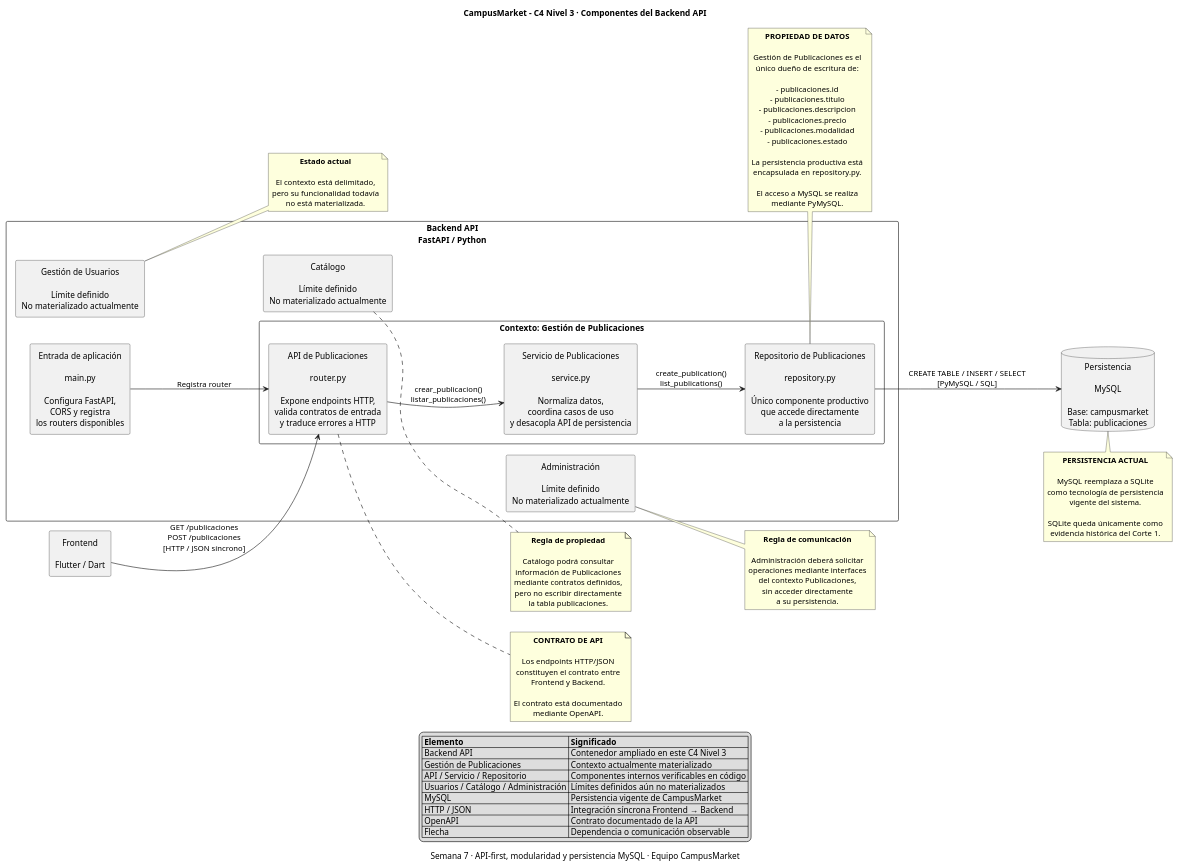
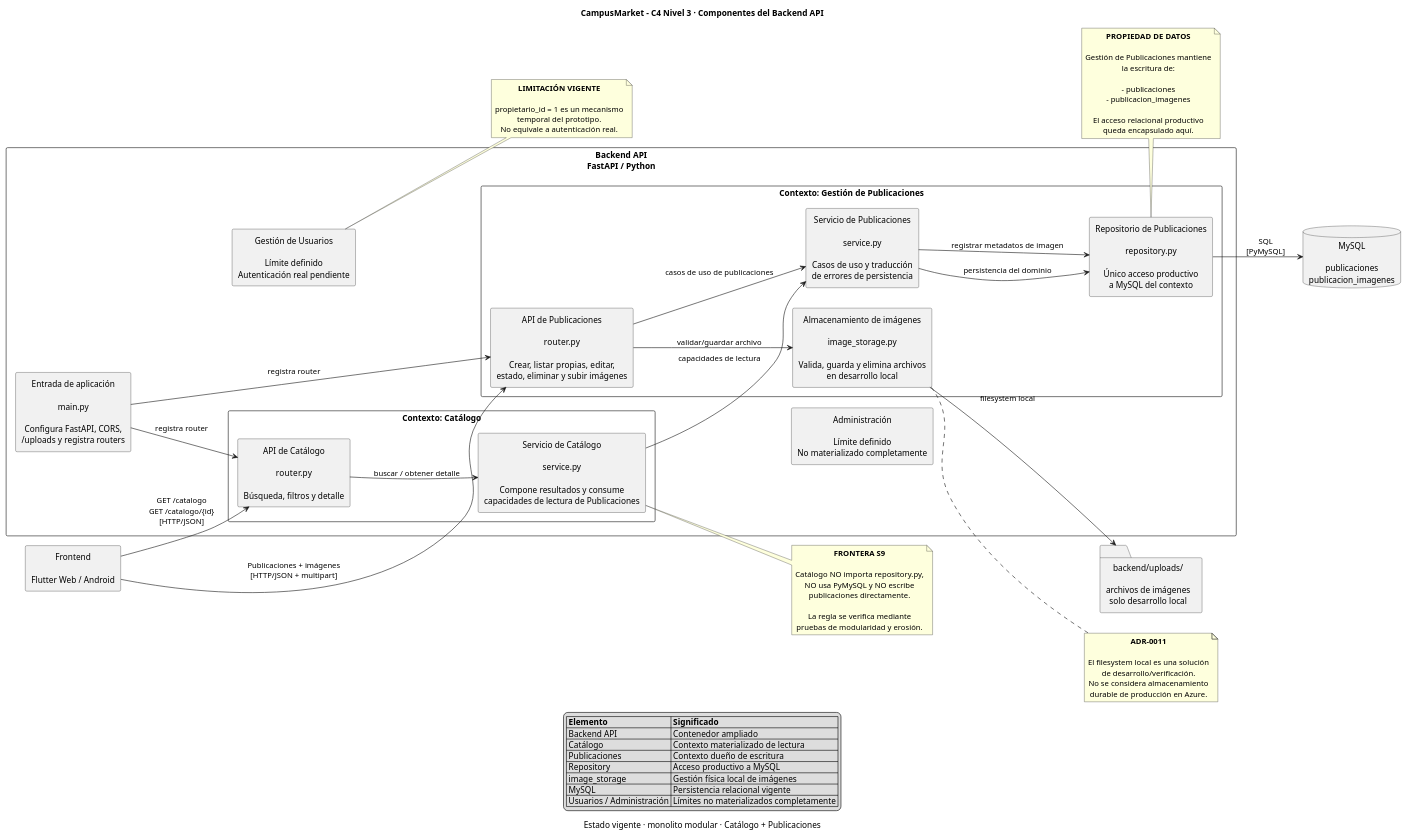
Before and after one commit to ISCOUTB/AS_202620_PROYECTO_CAMPUSMARKET: the diagram in docs/c4/03-componentes-backend.puml, drawn with PlantUML.

Commit message:
docs: actualizar C4 nivel 3 con catalogo e imagenes

```diff
--- a/docs/c4/03-componentes-backend.puml
+++ b/docs/c4/03-componentes-backend.puml
@@ -1,132 +1,112 @@
 @startuml
 
 title CampusMarket - C4 Nivel 3 · Componentes del Backend API
-caption Semana 7 · API-first, modularidad y persistencia MySQL · Equipo CampusMarket
+caption Estado vigente · monolito modular · Catálogo + Publicaciones
 
 left to right direction
 
 skinparam shadowing false
 skinparam defaultTextAlignment center
 skinparam packageStyle rectangle
 
-rectangle "Frontend\n\nFlutter / Dart" as frontend
+rectangle "Frontend\n\nFlutter Web / Android" as frontend
 
 package "Backend API\nFastAPI / Python" {
 
-    rectangle "Entrada de aplicación\n\nmain.py\n\nConfigura FastAPI,\nCORS y registra\nlos routers disponibles" as main
+    rectangle "Entrada de aplicación\n\nmain.py\n\nConfigura FastAPI, CORS,\n/uploads y registra routers" as main
+
+    package "Contexto: Catálogo" {
+        rectangle "API de Catálogo\n\nrouter.py\n\nBúsqueda, filtros y detalle" as catalog_router
+        rectangle "Servicio de Catálogo\n\nservice.py\n\nCompone resultados y consume\ncapacidades de lectura de Publicaciones" as catalog_service
+    }
 
     package "Contexto: Gestión de Publicaciones" {
+        rectangle "API de Publicaciones\n\nrouter.py\n\nCrear, listar propias, editar,\nestado, eliminar y subir imágenes" as pub_router
 
-        rectangle "API de Publicaciones\n\nrouter.py\n\nExpone endpoints HTTP,\nvalida contratos de entrada\ny traduce errores a HTTP" as router
+        rectangle "Servicio de Publicaciones\n\nservice.py\n\nCasos de uso y traducción\nde errores de persistencia" as pub_service
 
-        rectangle "Servicio de Publicaciones\n\nservice.py\n\nNormaliza datos,\ncoordina casos de uso\ny desacopla API de persistencia" as service
+        rectangle "Repositorio de Publicaciones\n\nrepository.py\n\nÚnico acceso productivo\na MySQL del contexto" as repository
 
-        rectangle "Repositorio de Publicaciones\n\nrepository.py\n\nÚnico componente productivo\nque accede directamente\na la persistencia" as repository
+        rectangle "Almacenamiento de imágenes\n\nimage_storage.py\n\nValida, guarda y elimina archivos\nen desarrollo local" as image_storage
     }
 
-    rectangle "Gestión de Usuarios\n\nLímite definido\nNo materializado actualmente" as usuarios
-
-    rectangle "Catálogo\n\nLímite definido\nNo materializado actualmente" as catalogo
-
-    rectangle "Administración\n\nLímite definido\nNo materializado actualmente" as administracion
+    rectangle "Gestión de Usuarios\n\nLímite definido\nAutenticación real pendiente" as usuarios
+    rectangle "Administración\n\nLímite definido\nNo materializado completamente" as administracion
 }
 
-database "Persistencia\n\nMySQL\n\nBase: campusmarket\nTabla: publicaciones" as mysql
+database "MySQL\n\npublicaciones\npublicacion_imagenes" as mysql
+folder "backend/uploads/\n\narchivos de imágenes\nsolo desarrollo local" as uploads
 
-frontend --> router : GET /publicaciones\nPOST /publicaciones\n[HTTP / JSON síncrono]
+frontend --> catalog_router : GET /catalogo\nGET /catalogo/{id}\n[HTTP/JSON]
+frontend --> pub_router : Publicaciones + imágenes\n[HTTP/JSON + multipart]
 
-main --> router : Registra router
+main --> catalog_router : registra router
+main --> pub_router : registra router
 
-router --> service : crear_publicacion()\nlistar_publicaciones()
+catalog_router --> catalog_service : buscar / obtener detalle
+catalog_service --> pub_service : capacidades de lectura
 
-service --> repository : create_publication()\nlist_publications()
+pub_router --> pub_service : casos de uso de publicaciones
+pub_service --> repository : persistencia del dominio
+repository --> mysql : SQL\n[PyMySQL]
 
-repository --> mysql : CREATE TABLE / INSERT / SELECT\n[PyMySQL / SQL]
+pub_router --> image_storage : validar/guardar archivo
+image_storage --> uploads : filesystem local
+pub_service --> repository : registrar metadatos de imagen
 
-usuarios -[hidden]-> router
-catalogo -[hidden]-> service
+usuarios -[hidden]-> pub_router
 administracion -[hidden]-> repository
 
-note right of router
-**CONTRATO DE API**
+note right of catalog_service
+**FRONTERA S9**
 
-Los endpoints HTTP/JSON
-constituyen el contrato entre
-Frontend y Backend.
+Catálogo NO importa repository.py,
+NO usa PyMySQL y NO escribe
+publicaciones directamente.
 
-El contrato está documentado
-mediante OpenAPI.
-end note
-
-note right of usuarios
-**Estado actual**
-
-El contexto está delimitado,
-pero su funcionalidad todavía
-no está materializada.
-end note
-
-note right of catalogo
-**Regla de propiedad**
-
-Catálogo podrá consultar
-información de Publicaciones
-mediante contratos definidos,
-pero no escribir directamente
-la tabla publicaciones.
-end note
-
-note right of administracion
-**Regla de comunicación**
-
-Administración deberá solicitar
-operaciones mediante interfaces
-del contexto Publicaciones,
-sin acceder directamente
-a su persistencia.
+La regla se verifica mediante
+pruebas de modularidad y erosión.
 end note
 
 note bottom of repository
 **PROPIEDAD DE DATOS**
 
-Gestión de Publicaciones es el
-único dueño de escritura de:
+Gestión de Publicaciones mantiene
+la escritura de:
 
-- publicaciones.id
-- publicaciones.titulo
-- publicaciones.descripcion
-- publicaciones.precio
-- publicaciones.modalidad
-- publicaciones.estado
+- publicaciones
+- publicacion_imagenes
 
-La persistencia productiva está
-encapsulada en repository.py.
-
-El acceso a MySQL se realiza
-mediante PyMySQL.
+El acceso relacional productivo
+queda encapsulado aquí.
 end note
 
-note bottom of mysql
-**PERSISTENCIA ACTUAL**
+note right of image_storage
+**ADR-0011**
 
-MySQL reemplaza a SQLite
-como tecnología de persistencia
-vigente del sistema.
+El filesystem local es una solución
+de desarrollo/verificación.
+No se considera almacenamiento
+durable de producción en Azure.
+end note
 
-SQLite queda únicamente como
-evidencia histórica del Corte 1.
+note right of usuarios
+**LIMITACIÓN VIGENTE**
+
+propietario_id = 1 es un mecanismo
+temporal del prototipo.
+No equivale a autenticación real.
 end note
 
 legend bottom
 |= Elemento |= Significado |
-| Backend API | Contenedor ampliado en este C4 Nivel 3 |
-| Gestión de Publicaciones | Contexto actualmente materializado |
-| API / Servicio / Repositorio | Componentes internos verificables en código |
-| Usuarios / Catálogo / Administración | Límites definidos aún no materializados |
-| MySQL | Persistencia vigente de CampusMarket |
-| HTTP / JSON | Integración síncrona Frontend → Backend |
-| OpenAPI | Contrato documentado de la API |
-| Flecha | Dependencia o comunicación observable |
+| Backend API | Contenedor ampliado |
+| Catálogo | Contexto materializado de lectura |
+| Publicaciones | Contexto dueño de escritura |
+| Repository | Acceso productivo a MySQL |
+| image_storage | Gestión física local de imágenes |
+| MySQL | Persistencia relacional vigente |
+| Usuarios / Administración | Límites no materializados completamente |
 endlegend
 
 @enduml
```
